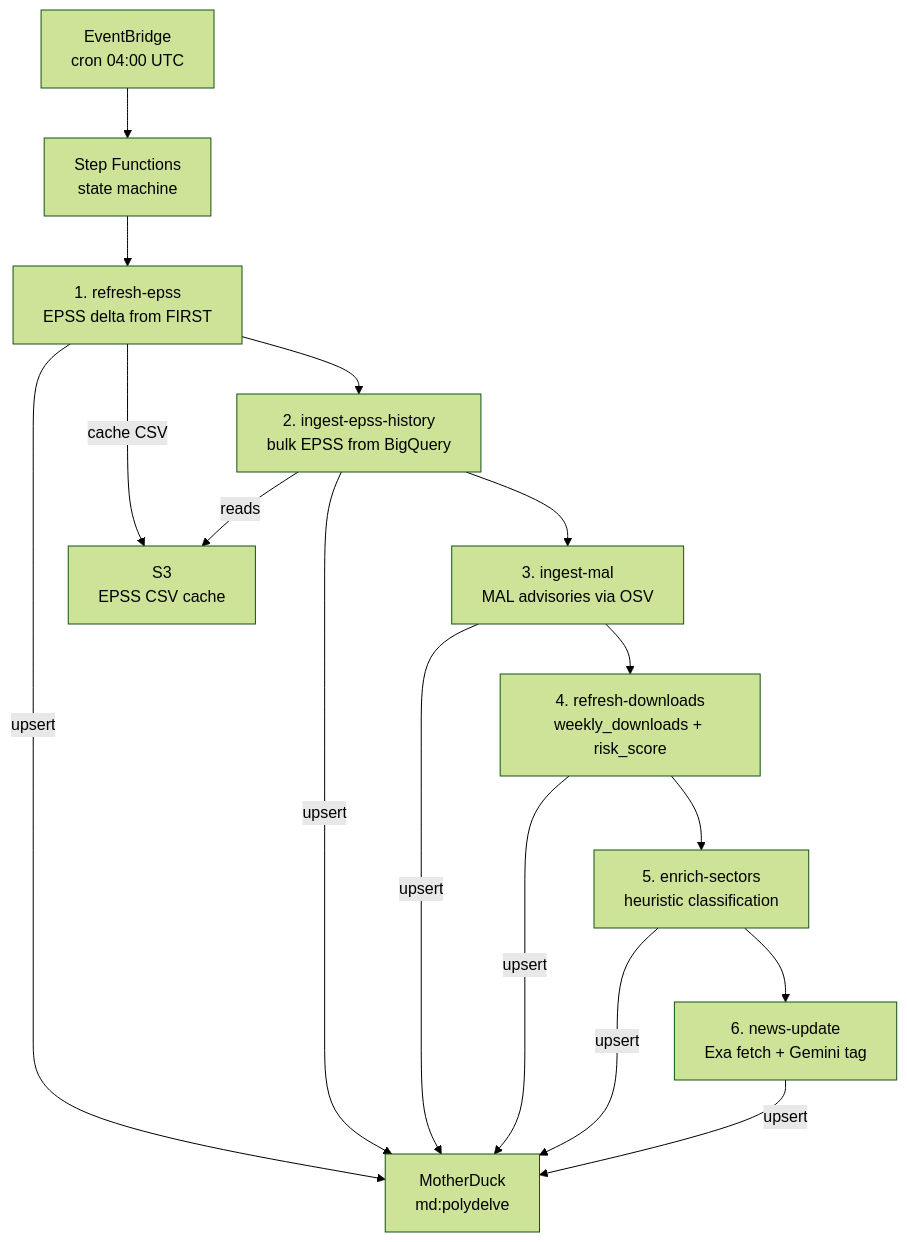
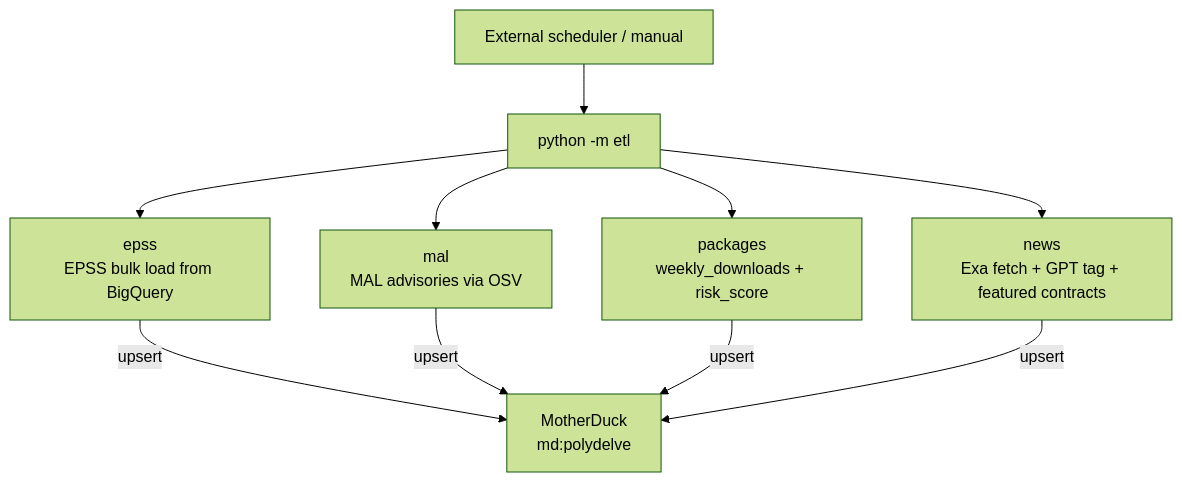
Before and after one commit to JacksonFaulkner/polydelve: the diagram in docs/content/docs/data/pipeline.mdx, drawn with Mermaid (forest theme). The commit also changed other lines of this file and 2 other files, not shown here.

````diff
--- a/docs/content/docs/data/pipeline.mdx
+++ b/docs/content/docs/data/pipeline.mdx
@@ -8,16 +10,11 @@
 ```mermaid
 flowchart TD
-  EB["EventBridge\ncron 04:00 UTC"] --> SF["Step Functions\nstate machine"]
+  Cron["External scheduler / manual"] --> CLI["python -m etl"]
 
-  SF --> T1["1. refresh-epss\nEPSS delta from FIRST"]
-  T1 --> T2["2. ingest-epss-history\nbulk EPSS from BigQuery"]
-  T2 --> T3["3. ingest-mal\nMAL advisories via OSV"]
-  T3 --> T4["4. refresh-downloads\nweekly_downloads + risk_score"]
-  T4 --> T5["5. enrich-sectors\nheuristic classification"]
-  T5 --> T6["6. news-update\nExa fetch + Gemini tag"]
+  CLI --> T1["epss\nEPSS bulk load from BigQuery"]
+  CLI --> T2["mal\nMAL advisories via OSV"]
+  CLI --> T3["packages\nweekly_downloads + risk_score"]
+  CLI --> T4["news\nExa fetch + GPT tag + featured contracts"]
 
-  T1 --"cache CSV"--> S3["S3\nEPSS CSV cache"]
-  T2 --"reads"--> S3
-
-  T1 & T2 & T3 & T4 & T5 & T6 --"upsert"--> MD["MotherDuck\nmd:polydelve"]
+  T1 & T2 & T3 & T4 --"upsert"--> MD["MotherDuck\nmd:polydelve"]
 ```
````
